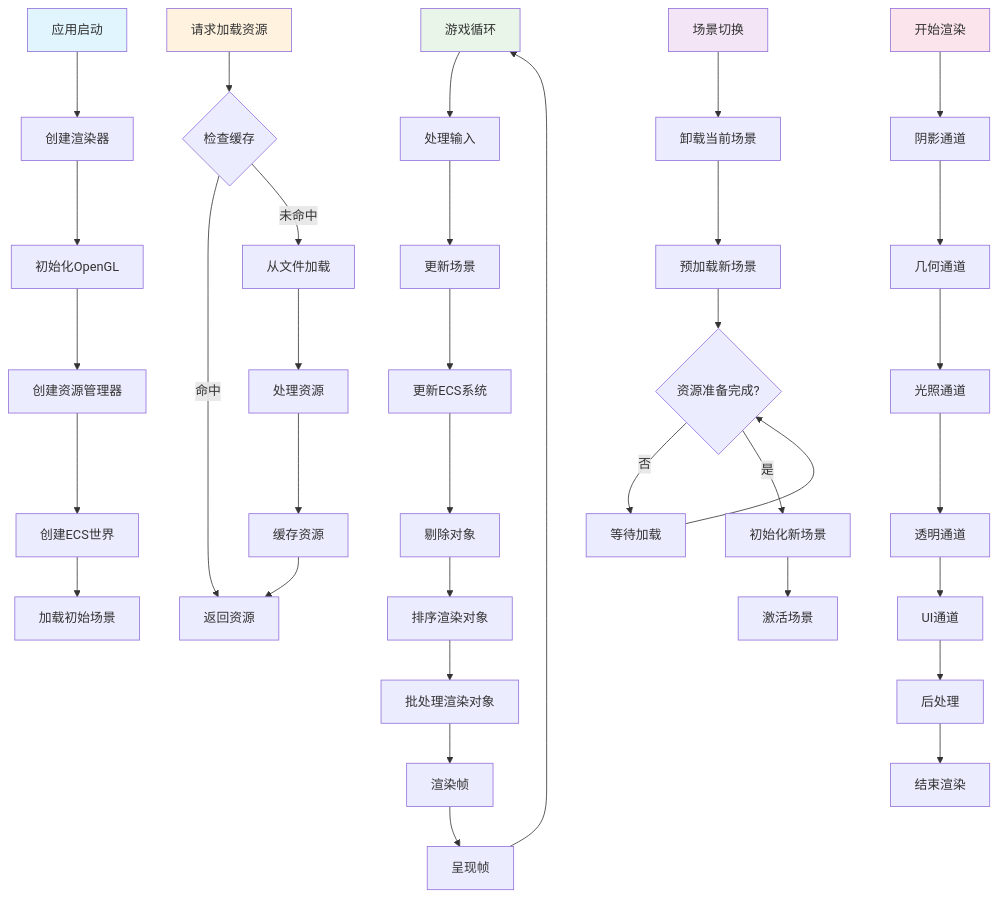
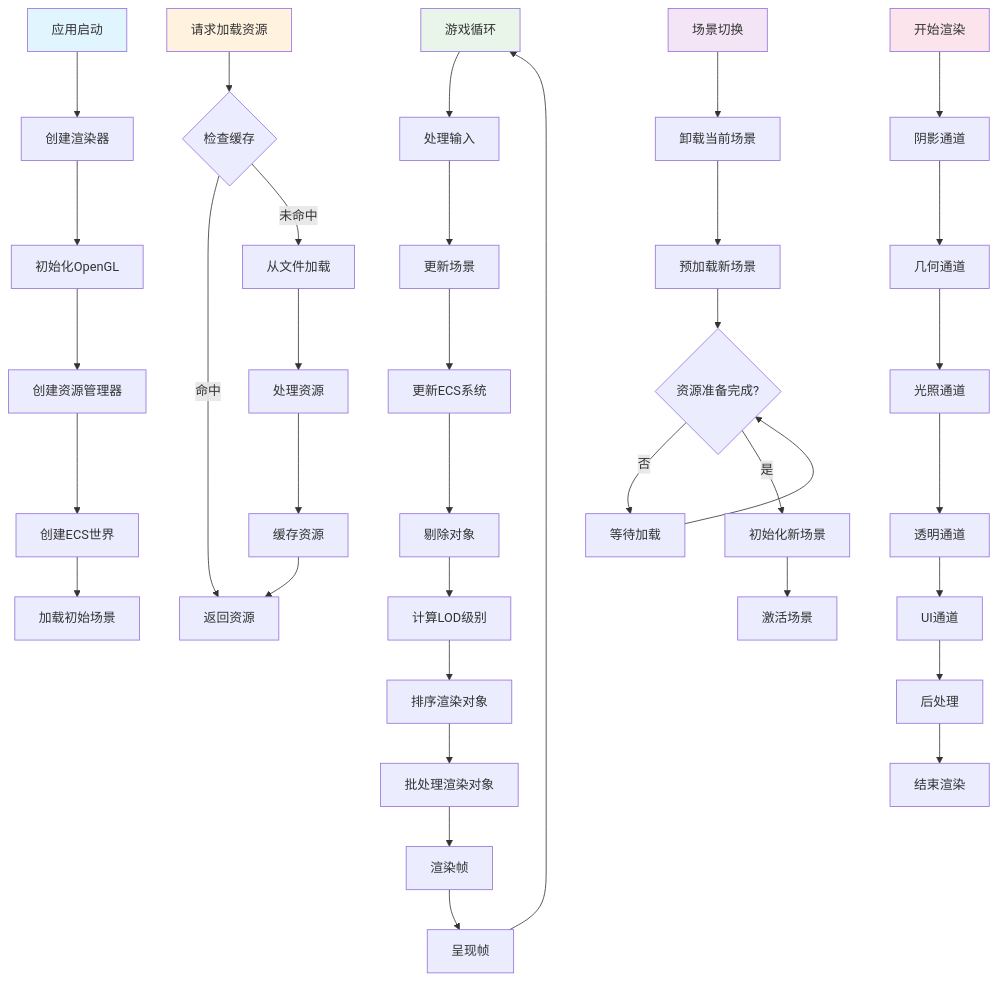
The ninth of 11 diagrams in docs/PROJECT_STRUCTURE_DIAGRAM.md (Linductor-alkaid/render), drawn with Mermaid before and after one commit. The commit also changed other lines of this file and 2 other files, not shown here.

````diff
--- a/docs/PROJECT_STRUCTURE_DIAGRAM.md
+++ b/docs/PROJECT_STRUCTURE_DIAGRAM.md
@@ -668,52 +680,53 @@
 ```mermaid
 flowchart TD
     %% 初始化阶段
     InitStart[应用启动] --> CreateRenderer[创建渲染器]
     CreateRenderer --> InitOpenGL[初始化OpenGL]
     InitOpenGL --> CreateResourceManager[创建资源管理器]
     CreateResourceManager --> CreateECSWorld[创建ECS世界]
     CreateECSWorld --> LoadInitialScene[加载初始场景]
 
     %% 游戏循环
     GameLoop[游戏循环] --> HandleInput[处理输入]
     HandleInput --> UpdateScene[更新场景]
     UpdateScene --> UpdateECS[更新ECS系统]
     UpdateECS --> CullObjects[剔除对象]
-    CullObjects --> SortRenderables[排序渲染对象]
+    CullObjects --> CalculateLOD[计算LOD级别]
+    CalculateLOD --> SortRenderables[排序渲染对象]
     SortRenderables --> BatchRenderables[批处理渲染对象]
     BatchRenderables --> RenderFrame[渲染帧]
     RenderFrame --> PresentFrame[呈现帧]
     PresentFrame --> GameLoop
 
     %% 资源加载流程
     LoadResource[请求加载资源] --> CheckCache{检查缓存}
     CheckCache -->|命中| ReturnResource[返回资源]
     CheckCache -->|未命中| LoadFromFile[从文件加载]
     LoadFromFile --> ProcessResource[处理资源]
     ProcessResource --> CacheResource[缓存资源]
     CacheResource --> ReturnResource
 
     %% 场景切换流程
     SceneTransition[场景切换] --> UnloadCurrentScene[卸载当前场景]
     UnloadCurrentScene --> PreloadNewScene[预加载新场景]
     PreloadNewScene --> CheckResourcesReady{资源准备完成?}
     CheckResourcesReady -->|否| WaitLoading[等待加载]
     WaitLoading --> CheckResourcesReady
     CheckResourcesReady -->|是| InitializeNewScene[初始化新场景]
     InitializeNewScene --> ActivateScene[激活场景]
 
     %% 渲染流程
     RenderStart[开始渲染] --> ShadowPass[阴影通道]
     ShadowPass --> GeometryPass[几何通道]
     GeometryPass --> LightingPass[光照通道]
     LightingPass --> TransparentPass[透明通道]
     TransparentPass --> UIPass[UI通道]
     UIPass --> PostProcessing[后处理]
     PostProcessing --> RenderEnd[结束渲染]
 
     style InitStart fill:#e1f5fe
     style GameLoop fill:#e8f5e8
     style LoadResource fill:#fff3e0
     style SceneTransition fill:#f3e5f5
     style RenderStart fill:#fce4ec
 ```
````
